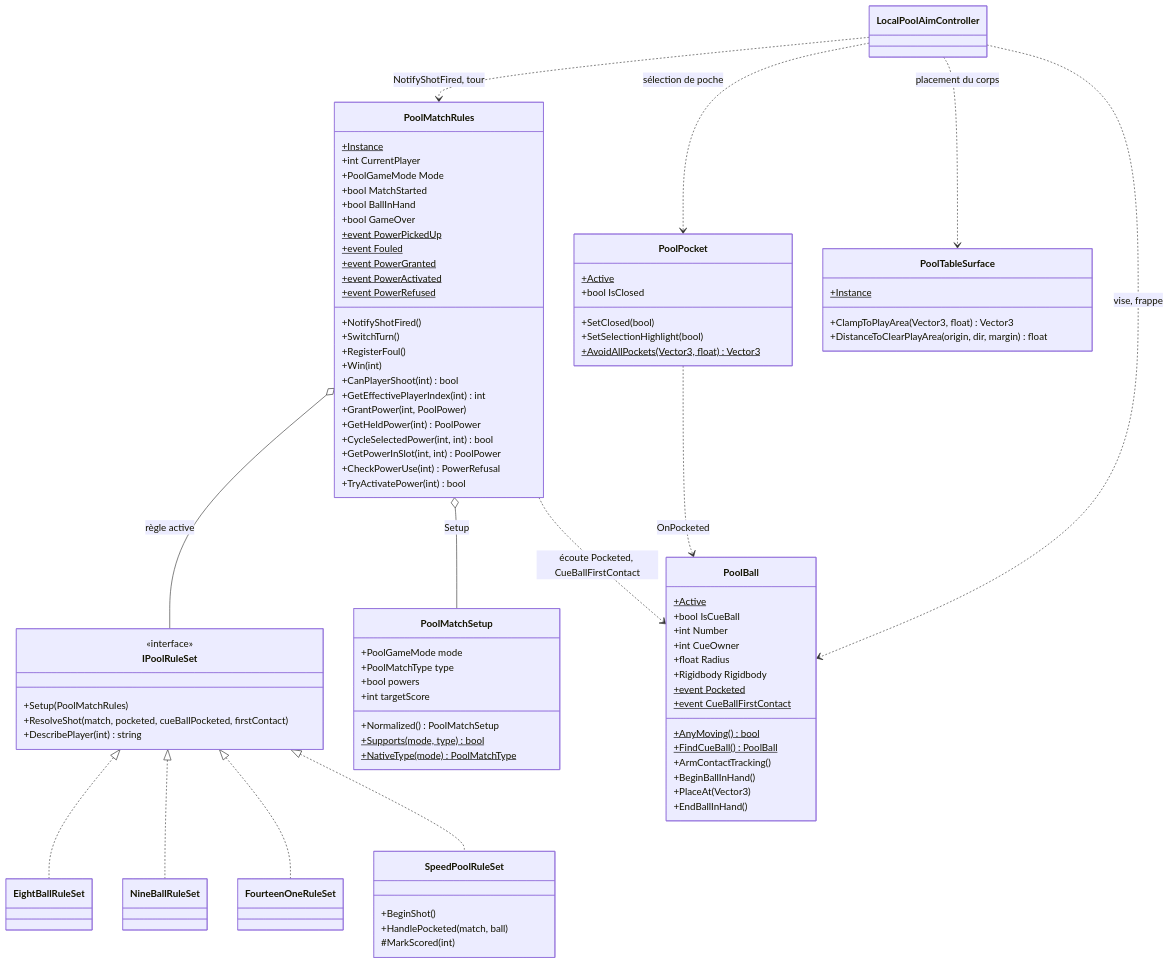
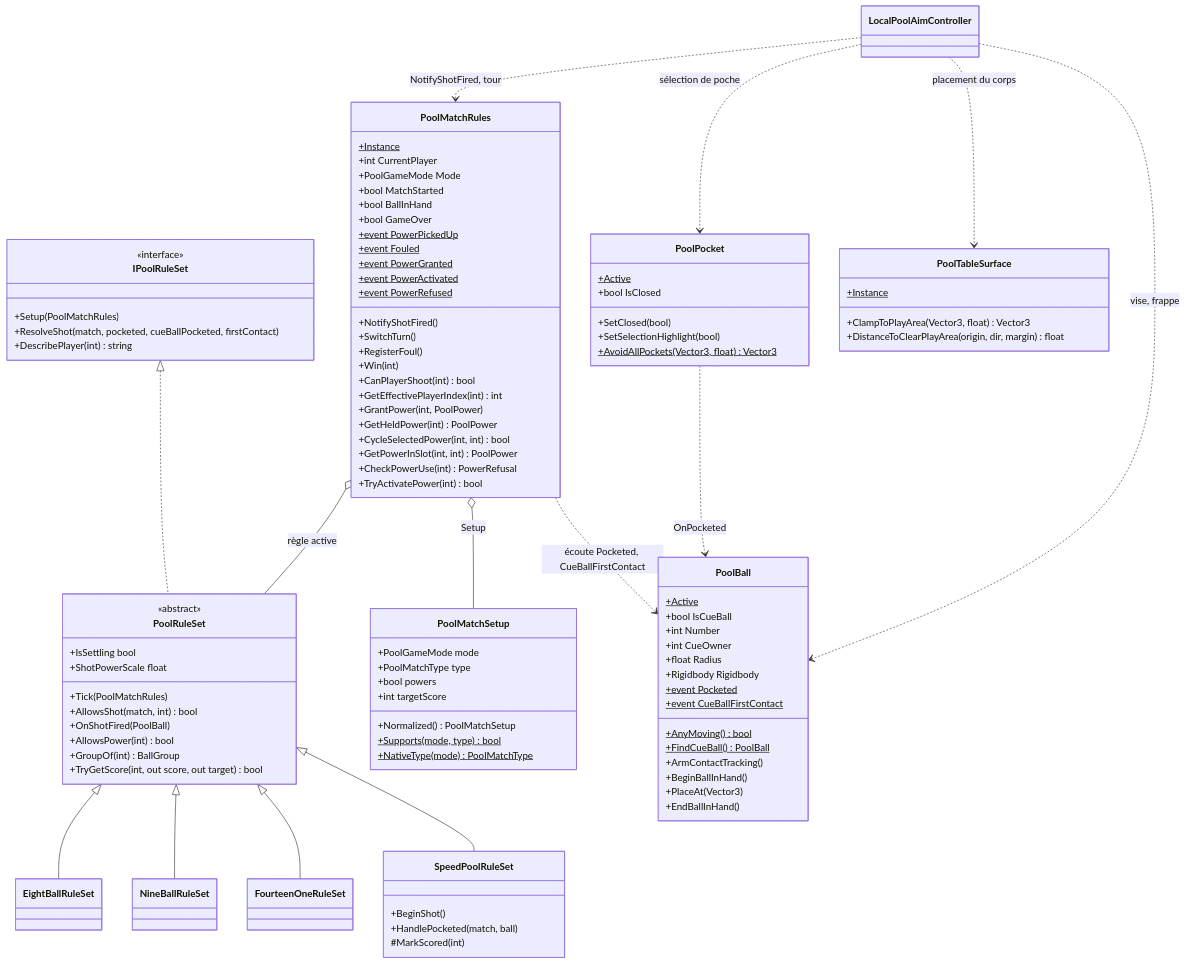
One commit to FlackyBoy/UntitledPoolgame changed the third of 4 diagrams in docs/content/tech/architecture.md. Above: the diagram before and after it, drawn with Mermaid. The commit also changed other lines of this file and 19 other files, not shown here.

```diff
--- a/docs/content/tech/architecture.md
+++ b/docs/content/tech/architecture.md
@@ -278,6 +278,17 @@
     +Setup(PoolMatchRules)
     +ResolveShot(match, pocketed, cueBallPocketed, firstContact)
     +DescribePlayer(int) string
+  }
+  class PoolRuleSet {
+    <<abstract>>
+    +Tick(PoolMatchRules)
+    +AllowsShot(match, int) bool
+    +OnShotFired(PoolBall)
+    +IsSettling bool
+    +AllowsPower(int) bool
+    +ShotPowerScale float
+    +GroupOf(int) BallGroup
+    +TryGetScore(int, out score, out target) bool
   }
   class EightBallRuleSet
   class NineBallRuleSet
@@ -326,11 +337,12 @@
   }
   class LocalPoolAimController
 
-  IPoolRuleSet <|.. EightBallRuleSet
-  IPoolRuleSet <|.. NineBallRuleSet
-  IPoolRuleSet <|.. FourteenOneRuleSet
-  IPoolRuleSet <|.. SpeedPoolRuleSet
-  PoolMatchRules o-- IPoolRuleSet : règle active
+  IPoolRuleSet <|.. PoolRuleSet
+  PoolRuleSet <|-- EightBallRuleSet
+  PoolRuleSet <|-- NineBallRuleSet
+  PoolRuleSet <|-- FourteenOneRuleSet
+  PoolRuleSet <|-- SpeedPoolRuleSet
+  PoolMatchRules o-- PoolRuleSet : règle active
   PoolMatchRules o-- PoolMatchSetup : Setup
   PoolMatchRules ..> PoolBall : écoute Pocketed, CueBallFirstContact
   PoolPocket ..> PoolBall : OnPocketed
```
